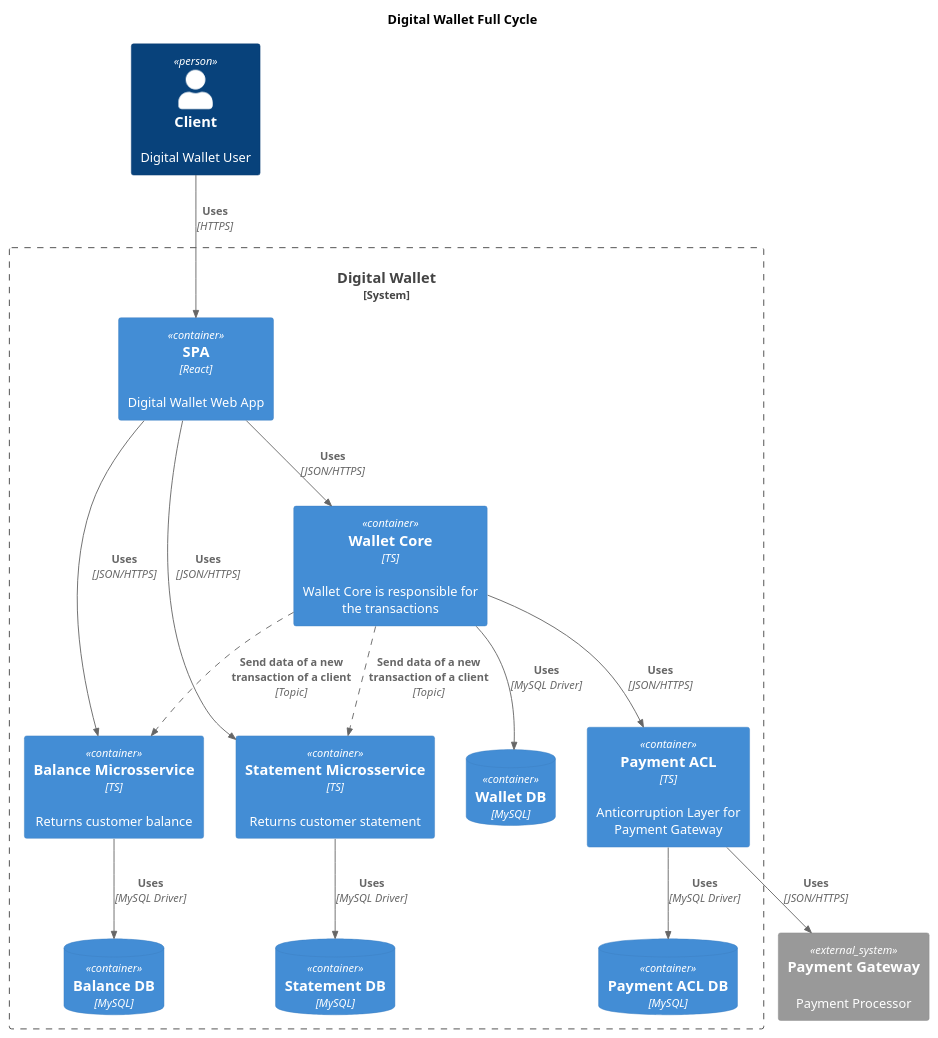
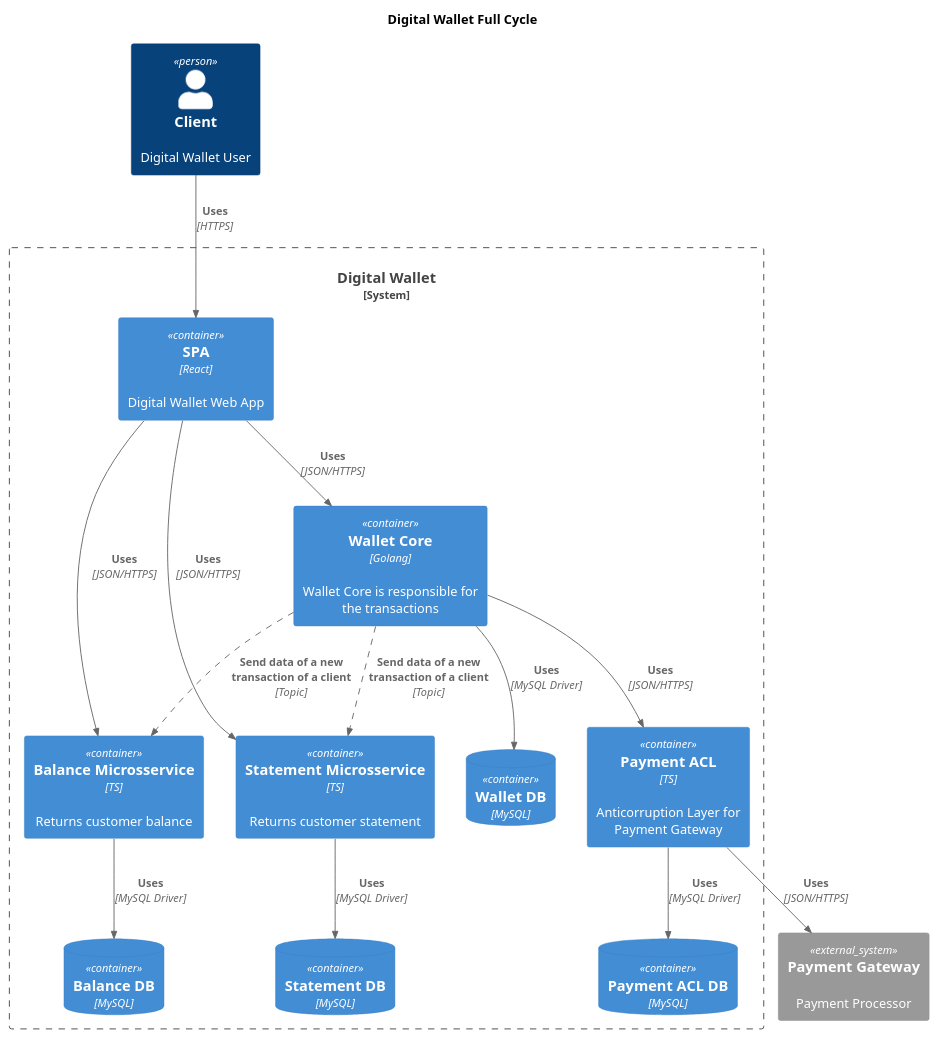
Before and after one commit to Daniel-Vinicius/fullcycle2: the diagram in microsservices/c4_model/containers.puml, drawn with PlantUML.

Commit message:
update C4

```diff
--- a/microsservices/c4_model/containers.puml
+++ b/microsservices/c4_model/containers.puml
@@ -1,41 +1,41 @@
 @startuml
 !include https://raw.githubusercontent.com/plantuml-stdlib/C4-PlantUML/master/C4_Container.puml
 AddRelTag("async", $lineStyle = DashedLine())
 
 title "Digital Wallet Full Cycle"
 
 Person(client, "Client", "Digital Wallet User")
 System_Ext(payment_gateway, "Payment Gateway", "Payment Processor")
 
 System_Boundary(digital_wallet, "Digital Wallet") {
   Container(spa, "SPA", "React", "Digital Wallet Web App")
-  Container(wallet_core, "Wallet Core", "TS", "Wallet Core is responsible for the transactions")
+  Container(wallet_core, "Wallet Core", "Golang", "Wallet Core is responsible for the transactions")
   Container(balance_service, "Balance Microsservice", "TS", "Returns customer balance")
   Container(statement_service, "Statement Microsservice", "TS", "Returns customer statement")
   Container(payment_acl, "Payment ACL", "TS", "Anticorruption Layer for Payment Gateway")
 
   ContainerDb(wallet_core_db, "Wallet DB", "MySQL")
   Rel(wallet_core, wallet_core_db, "Uses", "MySQL Driver")
 
   ContainerDb(balance_db, "Balance DB", "MySQL")
   Rel(balance_service, balance_db, "Uses", "MySQL Driver")
 
   ContainerDb(statement_db, "Statement DB", "MySQL")
   Rel(statement_service, statement_db, "Uses", "MySQL Driver")
 
   ContainerDb(payment_acl_db, "Payment ACL DB", "MySQL")
   Rel(payment_acl, payment_acl_db, "Uses", "MySQL Driver")
 
   Rel(client, spa, "Uses", "HTTPS")
   Rel(spa, wallet_core, "Uses", "JSON/HTTPS")
   Rel(spa, balance_service, "Uses", "JSON/HTTPS")
   Rel(spa, statement_service, "Uses", "JSON/HTTPS")
 
   Rel(wallet_core, payment_acl, "Uses", "JSON/HTTPS")
   Rel(payment_acl, payment_gateway, "Uses", "JSON/HTTPS")
 
   Rel(wallet_core, balance_service, "Send data of a new transaction of a client", "Topic", $tags = "async")
   Rel(wallet_core, statement_service, "Send data of a new transaction of a client", "Topic", $tags = "async")
 }
 
 @enduml
```
